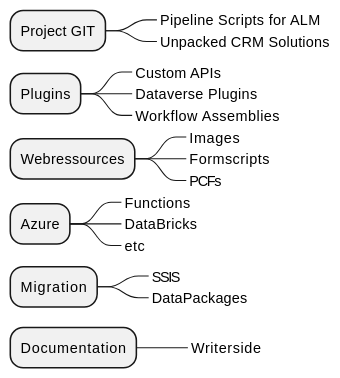
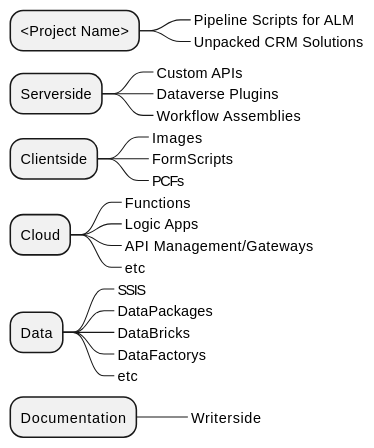
The first of 3 diagrams in Writerside/topics/Setup.md (DIGITALLNature/DIGITALLNature.github.io), drawn with PlantUML before and after one commit. The commit also changed other lines of this file, not shown here.

Commit message:
fixed repo names

````diff
--- a/Writerside/topics/Setup.md
+++ b/Writerside/topics/Setup.md
@@ -10,24 +13,28 @@
 ```plantuml
 @startmindmap
-    * Project GIT
+    * <Project Name>
         *_ Pipeline Scripts for ALM
         *_ Unpacked CRM Solutions
-    * Plugins
+    * Serverside
         *_ Custom APIs
         *_ Dataverse Plugins
         *_ Workflow Assemblies
-    * Webressources
+    * Clientside
         *_ Images
-        *_ Formscripts
+        *_ FormScripts
         *_ PCFs
-    * Azure
+    * Cloud
         *_ Functions
-        *_ DataBricks
+        *_ Logic Apps
+        *_ API Management/Gateways
         *_ etc
-    * Migration
+    * Data
         *_ SSIS
         *_ DataPackages
+        *_ DataBricks
+        *_ DataFactorys
+        *_ etc
     * Documentation
         *_ Writerside
 @endmindmap
 ```
````
